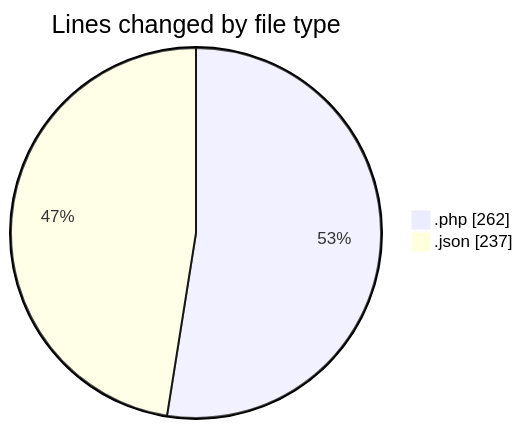
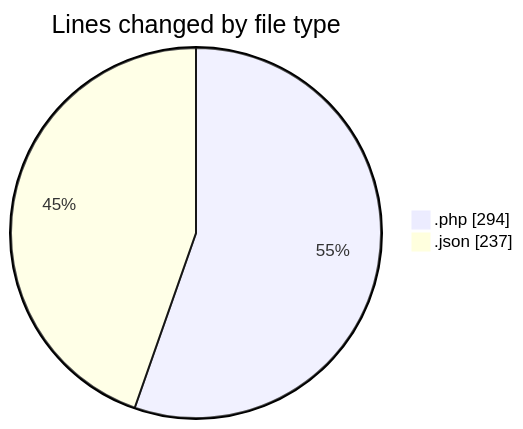
The first of 2 diagrams in 2025-06-13/studio-backend/README.md (idhammustaqopulfikri/code-tracking), drawn with Mermaid before and after one commit. The commit also changed other lines of this file and 1 other file, not shown here.

````diff
--- a/2025-06-13/studio-backend/README.md
+++ b/2025-06-13/studio-backend/README.md
@@ -23,6 +24,6 @@
 ```mermaid
 pie showData
 title Lines changed by file type
-".php" : 262
+".php" : 294
 ".json" : 237
 ```
````
